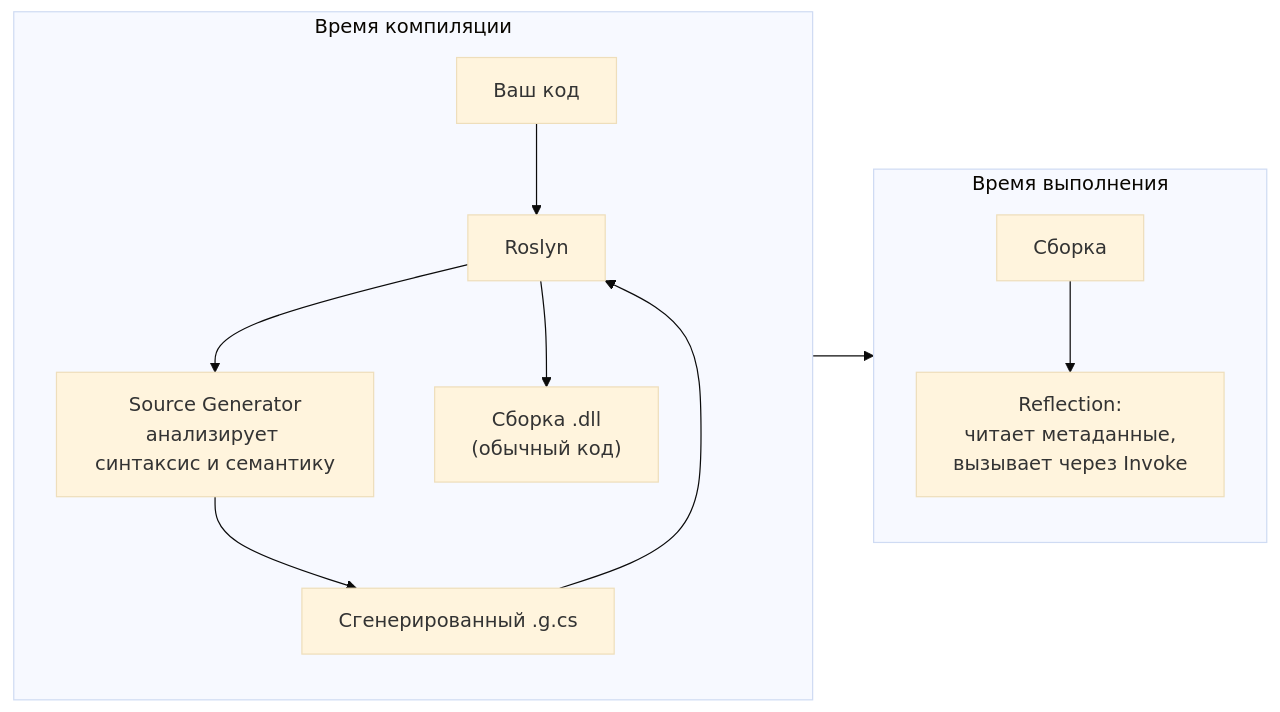
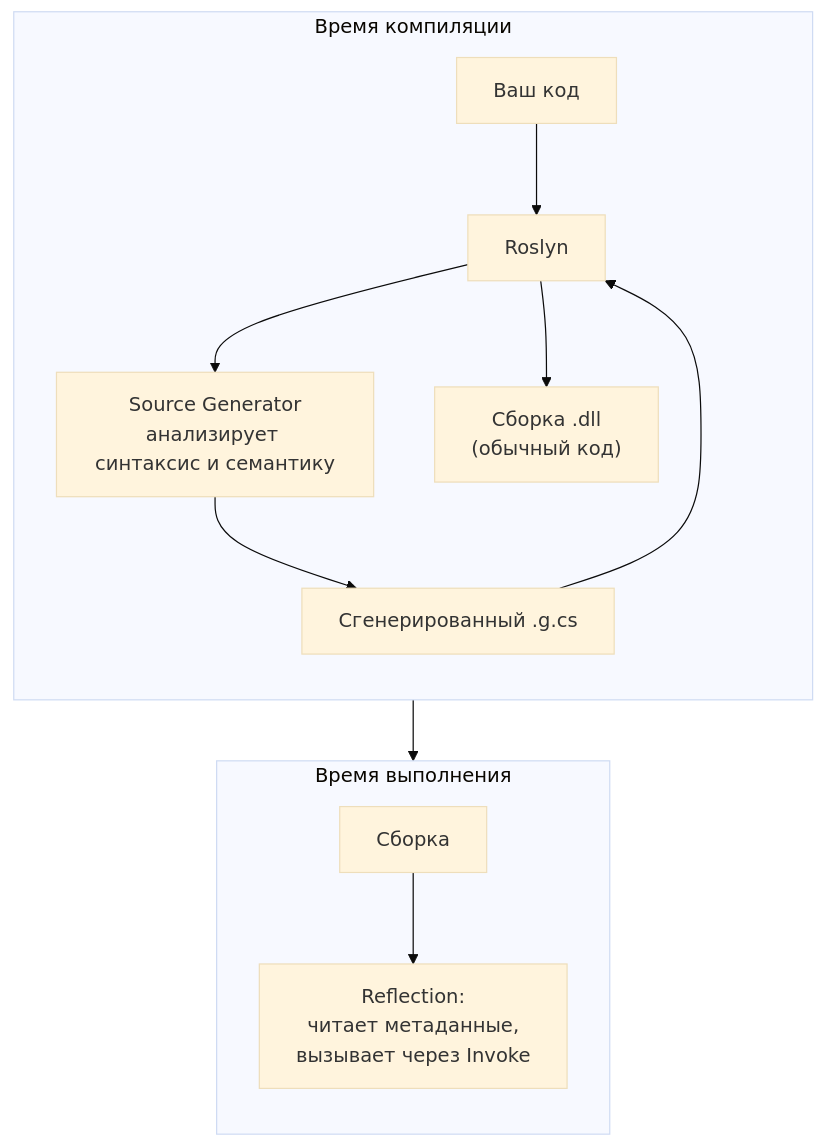
One commit to sh-sharifjonov/DotnetQuestionsForMiddle changed the first of 2 diagrams in content/01-csharp-dotnet/13-reflection-vs-source-generators.md. Above: the diagram before and after it, drawn with Mermaid (base theme). The commit also changed 51 other files, not shown here.

First line of the commit message:
Improve diagram layouts, warn about over-wide diagrams

````diff
--- a/content/01-csharp-dotnet/13-reflection-vs-source-generators.md
+++ b/content/01-csharp-dotnet/13-reflection-vs-source-generators.md
@@ -37,16 +37,16 @@
 ```mermaid Когда что работает
-flowchart LR
+flowchart TB
     subgraph Compile["Время компиляции"]
         direction TB
         SRC["Ваш код"] --> RO["Roslyn"]
         RO --> SG["Source Generator<br/>анализирует синтаксис и семантику"]:::accent
         SG --> GEN["Сгенерированный .g.cs"]
         GEN --> RO
         RO --> DLL["Сборка .dll<br/>(обычный код)"]
     end
     subgraph Run["Время выполнения"]
         direction TB
         DLL2["Сборка"] --> REF["Reflection:<br/>читает метаданные,<br/>вызывает через Invoke"]:::warn
     end
     DLL --> DLL2
 ```
````
